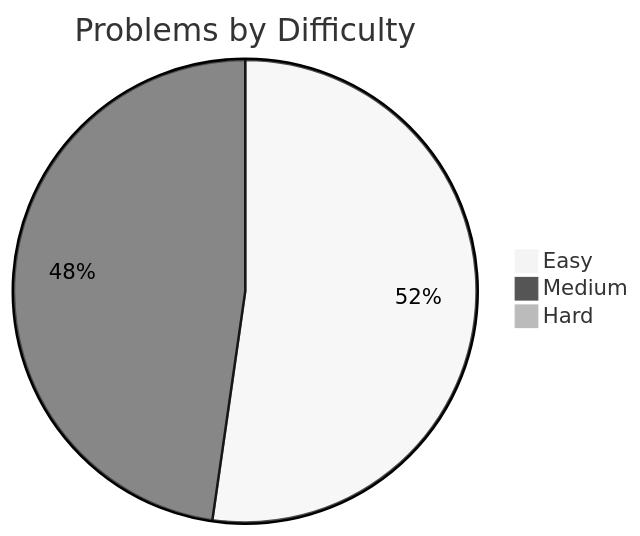
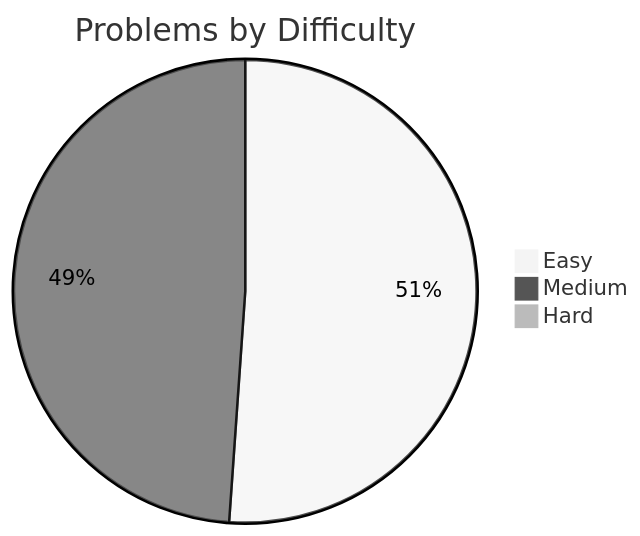
Before and after one commit to Jasjeet-Singh-S/100-days-DSA: the first of 2 diagrams in readme.md, drawn with Mermaid (neutral theme). The commit also changed other lines of this file and 1 other file, not shown here.

````diff
--- a/readme.md
+++ b/readme.md
@@ -19,6 +19,6 @@
 ```mermaid
 pie title Problems by Difficulty
     "Easy" : 23
-    "Medium" : 21
+    "Medium" : 22
     "Hard" : 0
 ```
````
